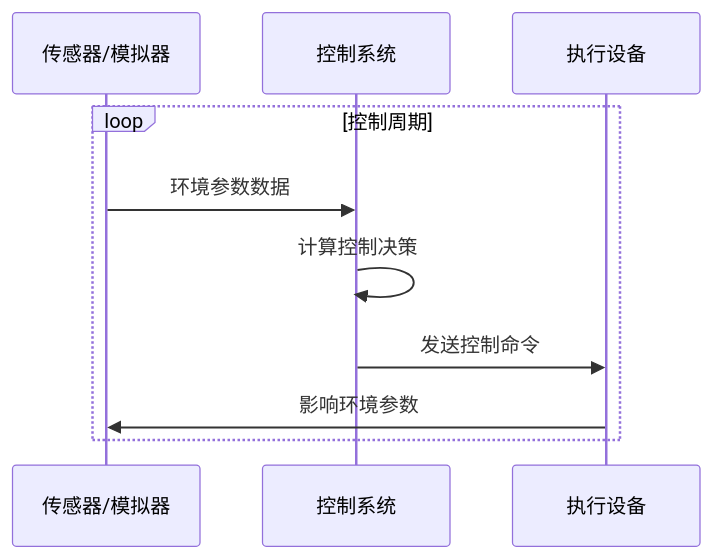
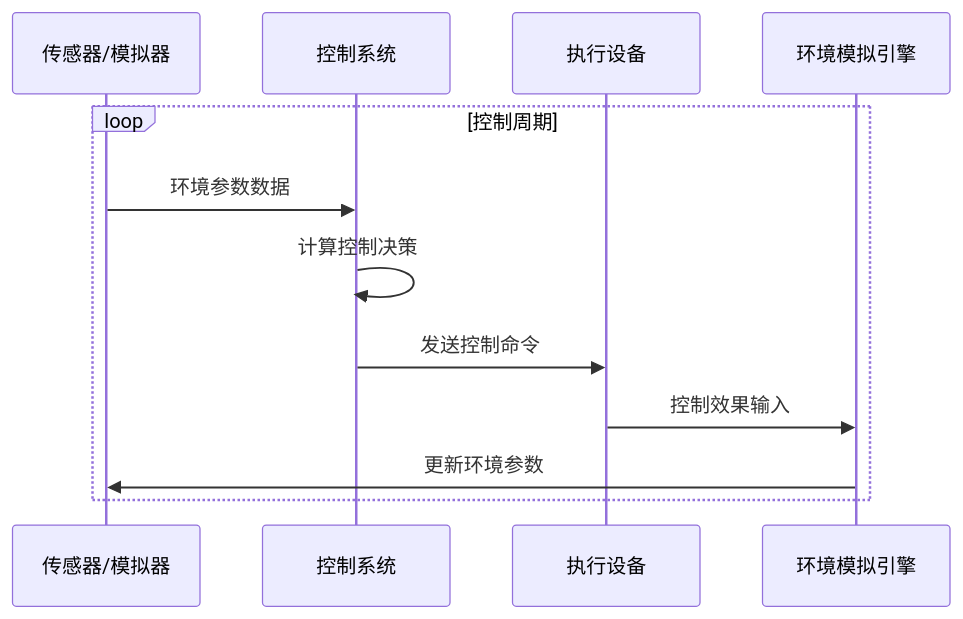
Before and after one commit to GrooveWJH/IntelliAgriculture: the second of 6 diagrams in docs/design/control-system-design.md, drawn with Mermaid. The commit also changed other lines of this file and 42 other files, not shown here.

````diff
--- a/docs/design/control-system-design.md
+++ b/docs/design/control-system-design.md
@@ -53,13 +60,15 @@
 ```mermaid
 sequenceDiagram
     participant S as 传感器/模拟器
     participant C as 控制系统
     participant A as 执行设备
+    participant E as 环境模拟引擎
     
     loop 控制周期
         S->>C: 环境参数数据
         C->>C: 计算控制决策
         C->>A: 发送控制命令
-        A->>S: 影响环境参数
+        A->>E: 控制效果输入
+        E->>S: 更新环境参数
     end
 ```
````
